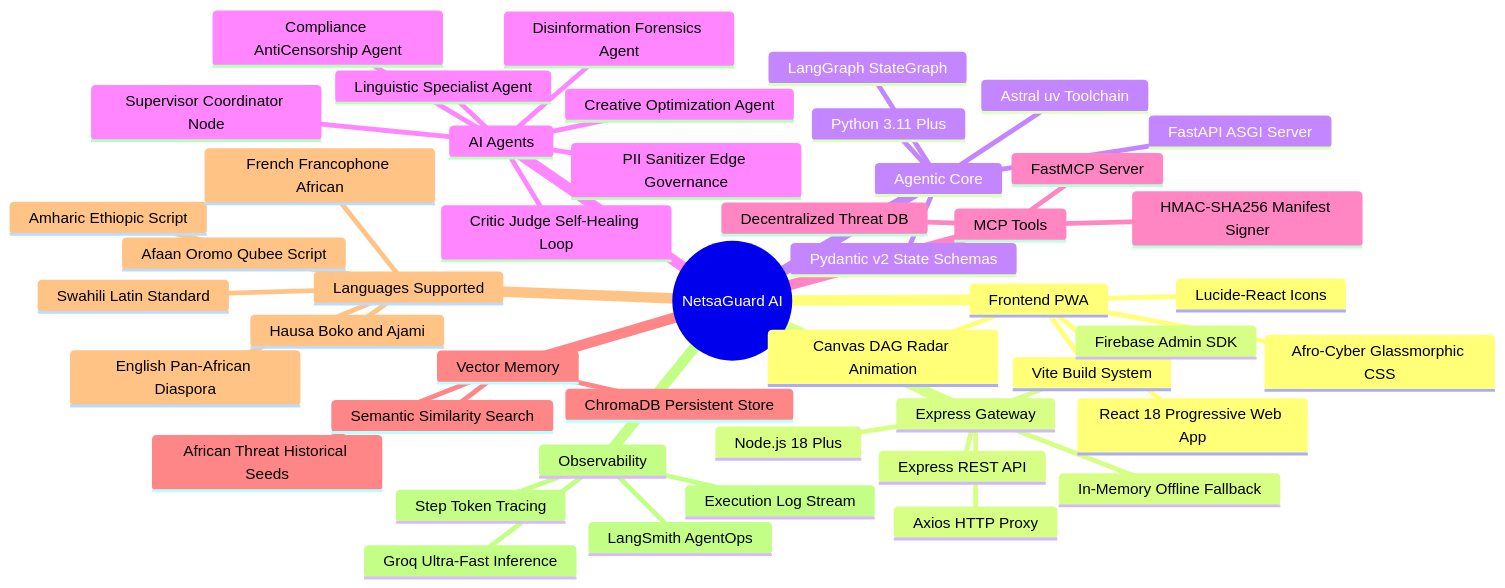
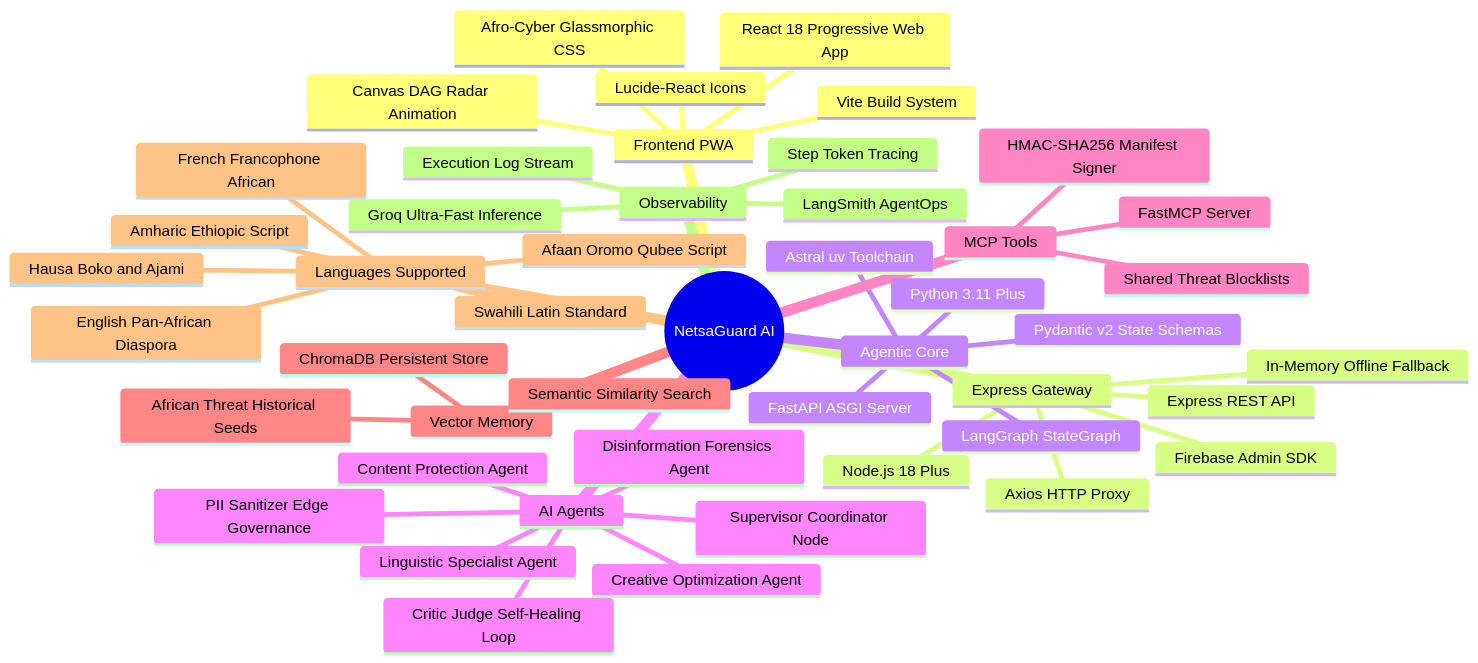
The second of 4 diagrams in README.md (hailemichaeltesfsye-hue/netsaguard-ai), drawn with Mermaid before and after one commit. The commit also changed other lines of this file, not shown here.

Commit message:
Update README for agent and process terminology

````diff
--- a/README.md
+++ b/README.md
@@ -129,50 +129,50 @@
 ```mermaid
 mindmap
   root((NetsaGuard AI))
     Frontend PWA
       React 18 Progressive Web App
       Vite Build System
       Lucide-React Icons
       Afro-Cyber Glassmorphic CSS
       Canvas DAG Radar Animation
     Express Gateway
       Node.js 18 Plus
       Express REST API
       Firebase Admin SDK
       Axios HTTP Proxy
       In-Memory Offline Fallback
     Agentic Core
       Python 3.11 Plus
       LangGraph StateGraph
       FastAPI ASGI Server
       Pydantic v2 State Schemas
       Astral uv Toolchain
     AI Agents
       Supervisor Coordinator Node
       Linguistic Specialist Agent
       Disinformation Forensics Agent
-      Compliance AntiCensorship Agent
+      Content Protection Agent
       Creative Optimization Agent
       Critic Judge Self-Healing Loop
       PII Sanitizer Edge Governance
     MCP Tools
       FastMCP Server
-      Decentralized Threat DB
+      Shared Threat Blocklists
       HMAC-SHA256 Manifest Signer
     Vector Memory
       ChromaDB Persistent Store
       African Threat Historical Seeds
       Semantic Similarity Search
     Languages Supported
       Amharic Ethiopic Script
       Swahili Latin Standard
       Afaan Oromo Qubee Script
       French Francophone African
       Hausa Boko and Ajami
       English Pan-African Diaspora
     Observability
       LangSmith AgentOps
       Step Token Tracing
       Execution Log Stream
       Groq Ultra-Fast Inference
 ```
````
